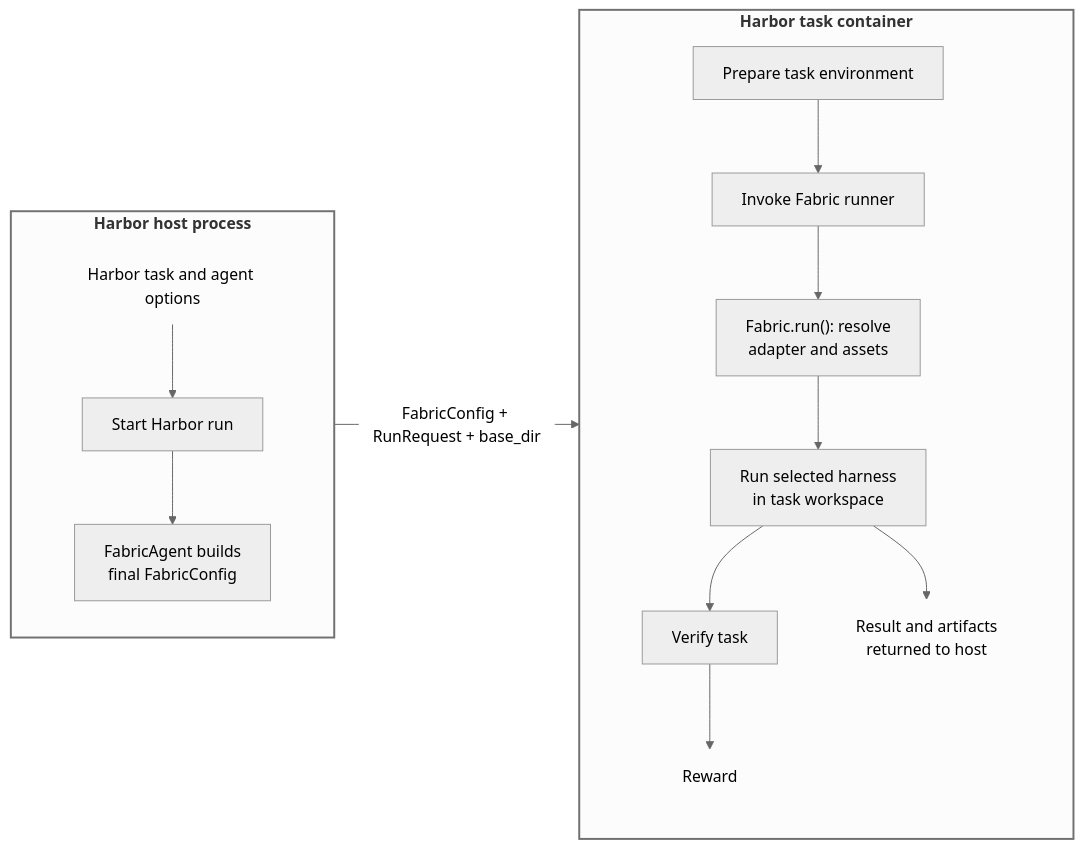
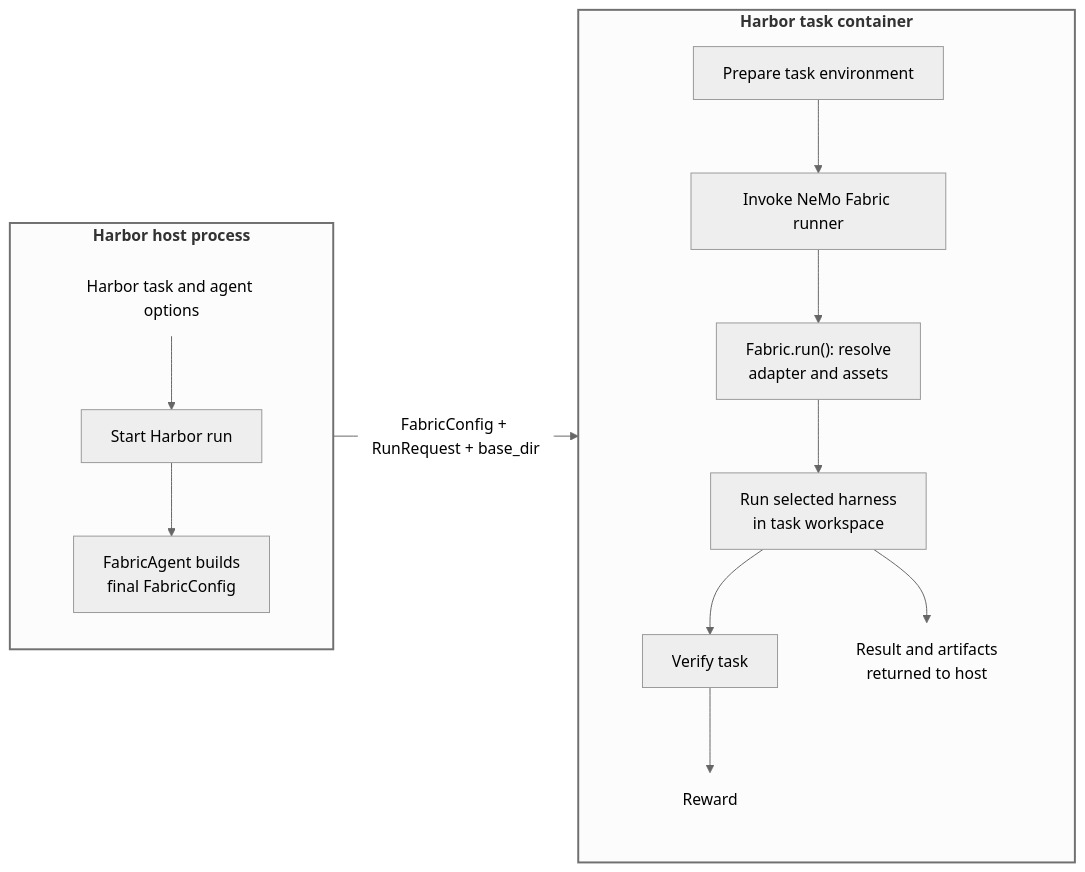
Before and after one commit to NVIDIA/NeMo-Fabric: the diagram in examples/harbor/README.md, drawn with Mermaid (neutral theme). The commit also changed other lines of this file and 37 other files, not shown here.

````diff
--- a/examples/harbor/README.md
+++ b/examples/harbor/README.md
@@ -28,31 +28,31 @@
 ```mermaid
 flowchart LR
     subgraph Host["<b>Harbor host process</b>"]
         direction TB
         Inputs["Harbor task and agent options"]:::data
         Start["Start Harbor run"]
         Build["FabricAgent builds<br/>final FabricConfig"]
 
         Inputs --> Start --> Build
     end
 
     subgraph Container["<b>Harbor task container</b>"]
         direction TB
         Prepare["Prepare task environment"]
-        Invoke["Invoke Fabric runner"]
+        Invoke["Invoke NeMo Fabric runner"]
         Resolve["Fabric.run(): resolve<br/>adapter and assets"]
         Execute["Run selected harness<br/>in task workspace"]
         Verify["Verify task"]
         Result["Result and artifacts<br/>returned to host"]:::data
         Reward["Reward"]:::data
 
         Prepare --> Invoke --> Resolve --> Execute --> Verify --> Reward
         Execute --> Result
     end
 
     Host -- "FabricConfig + RunRequest + base_dir" --> Container
 
     classDef data fill:transparent,stroke:transparent
     style Host stroke-width:2px
     style Container stroke-width:2px
 ```
````
